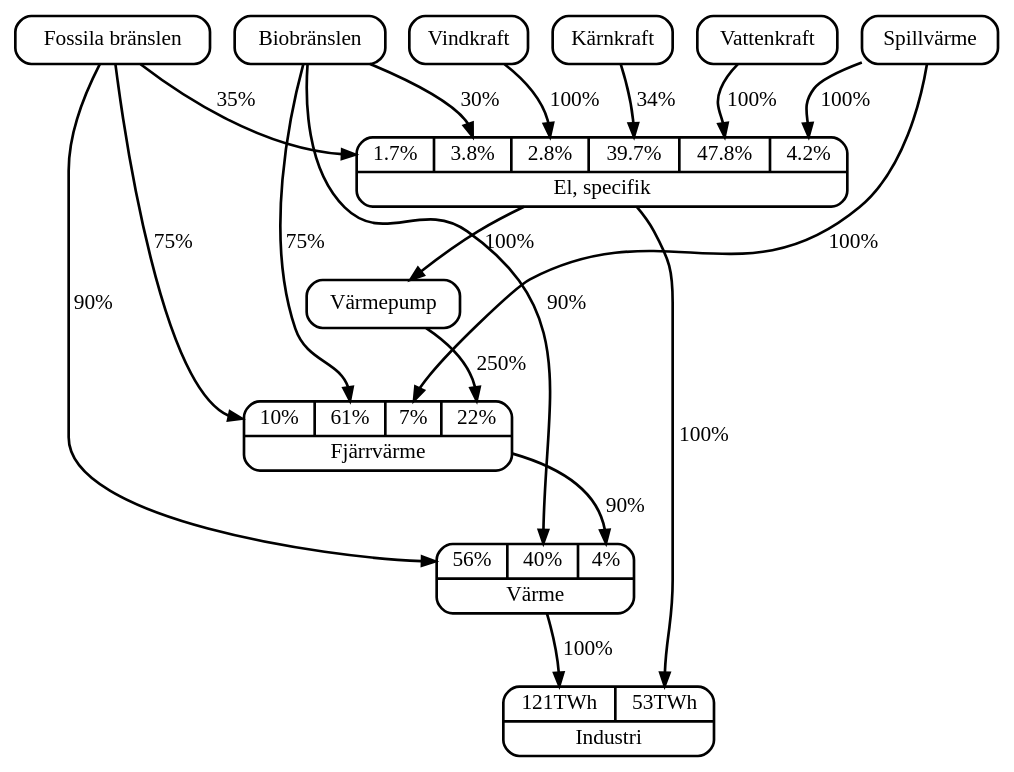
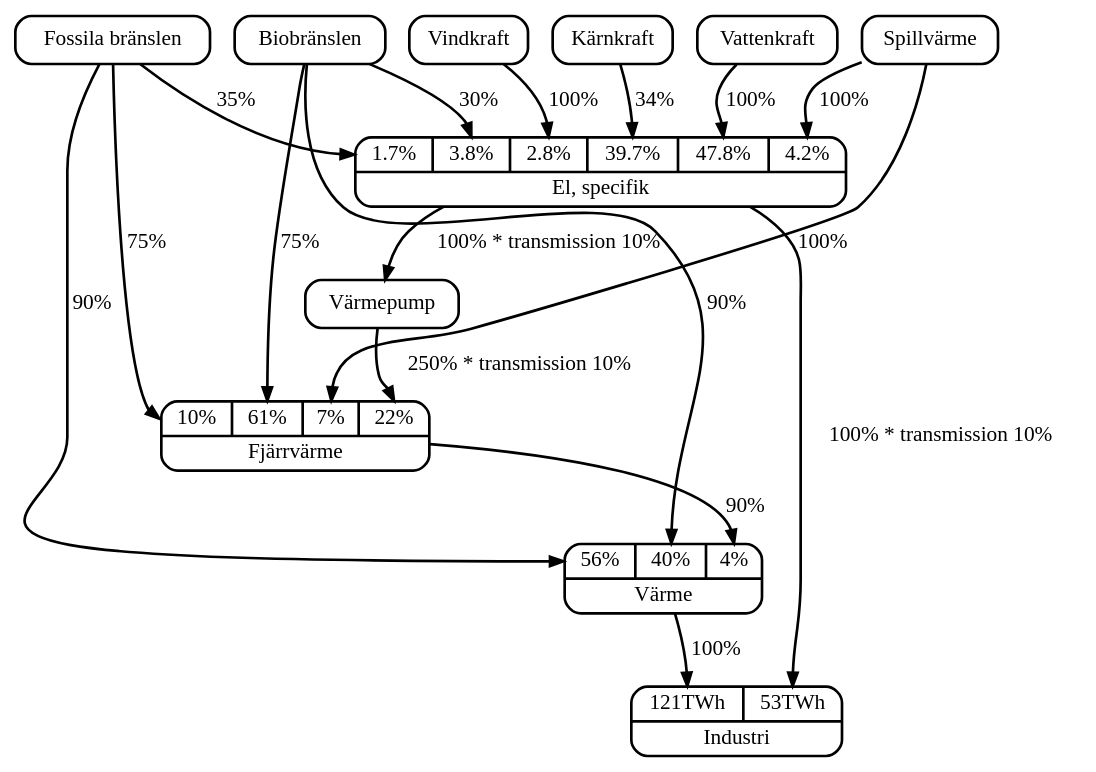
The diagram in report/industry.dot (Hagmar/ENM155-batman), drawn with Graphviz before and after one commit. The commit also changed 2 other files, not shown here.

Commit message:
Add transmission loss from el and pump

```diff
--- a/report/industry.dot
+++ b/report/industry.dot
@@ -1,49 +1,49 @@
 digraph {
 	edge [fontname="Bitstream Vera Sans",
 		fontsize="16.00",
 		style="bold"]
 
 	node [fontname="Bitstream Vera Sans",
 		fontsize="16.00",
 		shape=Mrecord,
 		style="bold,filled",
 		fillcolor=white];
 	edge [style=bold];
 
 	subgraph industry {
 		fossil [label = "Fossila bränslen"];
 		bio [label = "Biobränslen"];
 		nuclear [label = "Kärnkraft"];
 		water [label = "Vattenkraft"];
 		wind [label = "Vindkraft"];
 		spill [label = "Spillvärme"];
 		pump [label = "Värmepump"];
 
 		district_heating [label = "{{<fossil> 10% | <bio> 61% | <spill> 7% | <pump> 22% } |Fjärrvärme}"];
 		el_spec [label = "{{<fossil> 1.7% | <bio> 3.8% | <wind> 2.8% | <nuclear> 39.7% | <water> 47.8% | <spill> 4.2% } | El, specifik}"];
 		heating [label = "{{<fossil> 56% | <bio> 40% | <district> 4%} |Värme}"];
 		industry [label = "{{<heating> 121TWh | <el_spec>53TWh} | Industri}"];
 
 
 		fossil -> district_heating:fossil [label = "75%"];
 		bio -> district_heating:bio [label = "75%"];
 		spill -> district_heating:spill [label = "100%"];
-		pump -> district_heating:pump [label = "250%"];
+		pump -> district_heating:pump [label = "250% * transmission 10%"];
 
 		fossil -> heating:fossil [label = "90%"];
 		bio -> heating:bio [label = "90%"];
 		district_heating -> heating:district [label = "90%"];
 
 		heating -> industry:heating [label = "100%"];
 
 		fossil -> el_spec:fossil [label = "35%"];
 		bio -> el_spec:bio [label = "30%"];
 		wind -> el_spec:wind [label = "100%"];
 		nuclear -> el_spec:nuclear [label = "34%"];
 		water -> el_spec:water [label = "100%"];
 		spill -> el_spec:spill [label = "100%"];
 
-		el_spec -> pump [label = "100%"];
-		el_spec -> industry:el_spec [label = "100%"];
+		el_spec -> pump [label = "100% * transmission 10%"];
+		el_spec -> industry:el_spec [label = "100% * transmission 10%"];
 	}
 }
```
